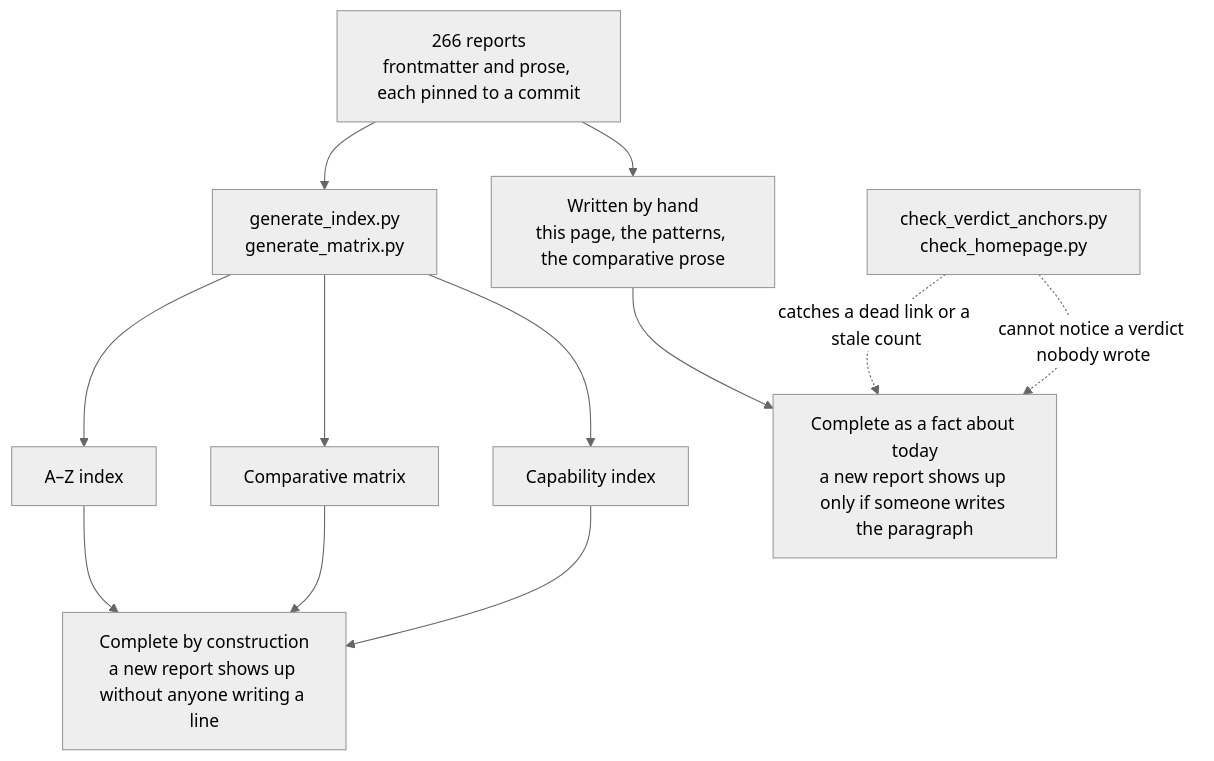
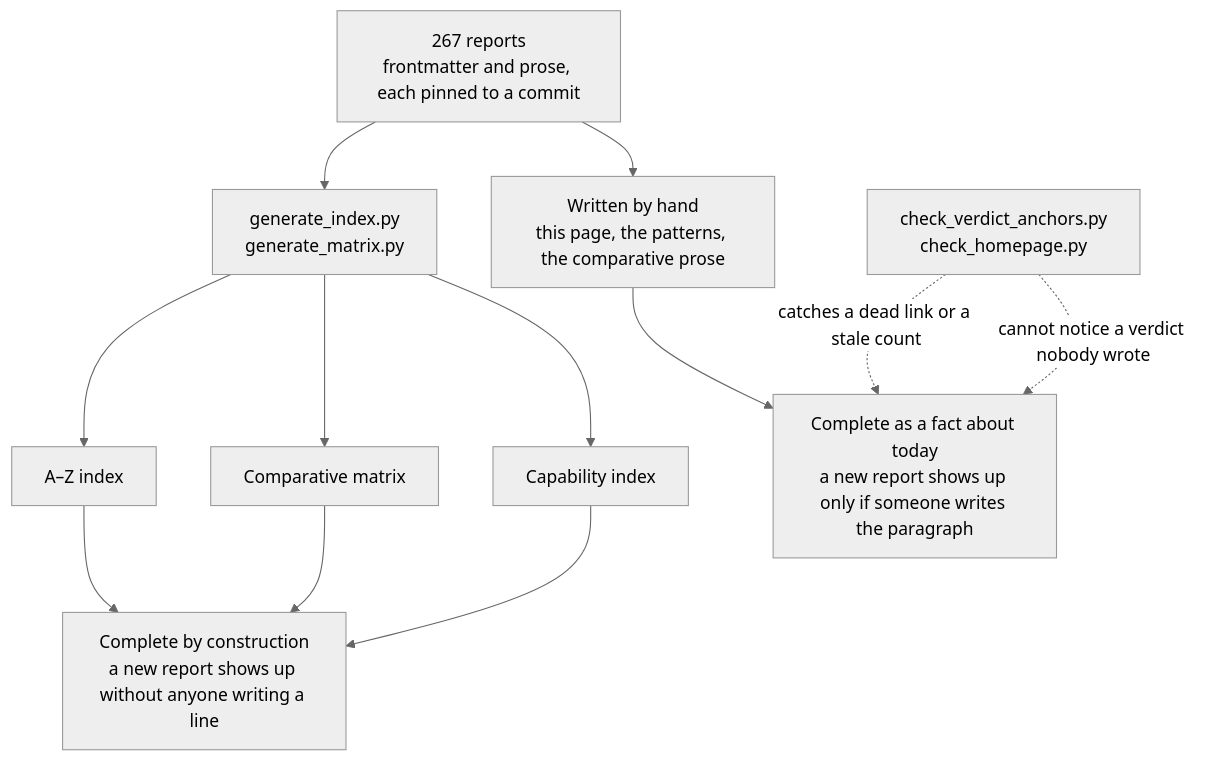
Before and after one commit to neoneye/agent-memory-atlas: the diagram in content/verdicts.md, drawn with Mermaid (neutral theme). The commit also changed other lines of this file and 25 other files, not shown here.

````diff
--- a/content/verdicts.md
+++ b/content/verdicts.md
@@ -40,15 +40,15 @@
 ```mermaid
 flowchart TD
-    R["266 reports<br/>frontmatter and prose, each pinned to a commit"]
+    R["267 reports<br/>frontmatter and prose, each pinned to a commit"]
     R --> GEN["generate_index.py<br/>generate_matrix.py"]
     R --> HAND["Written by hand<br/>this page, the patterns, the comparative prose"]
     GEN --> AZ["A–Z index"]
     GEN --> MX["Comparative matrix"]
     GEN --> CI["Capability index"]
     AZ --> CONST["Complete by construction<br/>a new report shows up without anyone writing a line"]
     MX --> CONST
     CI --> CONST
     HAND --> TODAY["Complete as a fact about today<br/>a new report shows up only if someone writes the paragraph"]
     CHK["check_verdict_anchors.py<br/>check_homepage.py"] -.->|"catches a dead link or a stale count"| TODAY
     CHK -.->|"cannot notice a verdict nobody wrote"| TODAY
 ```
````
